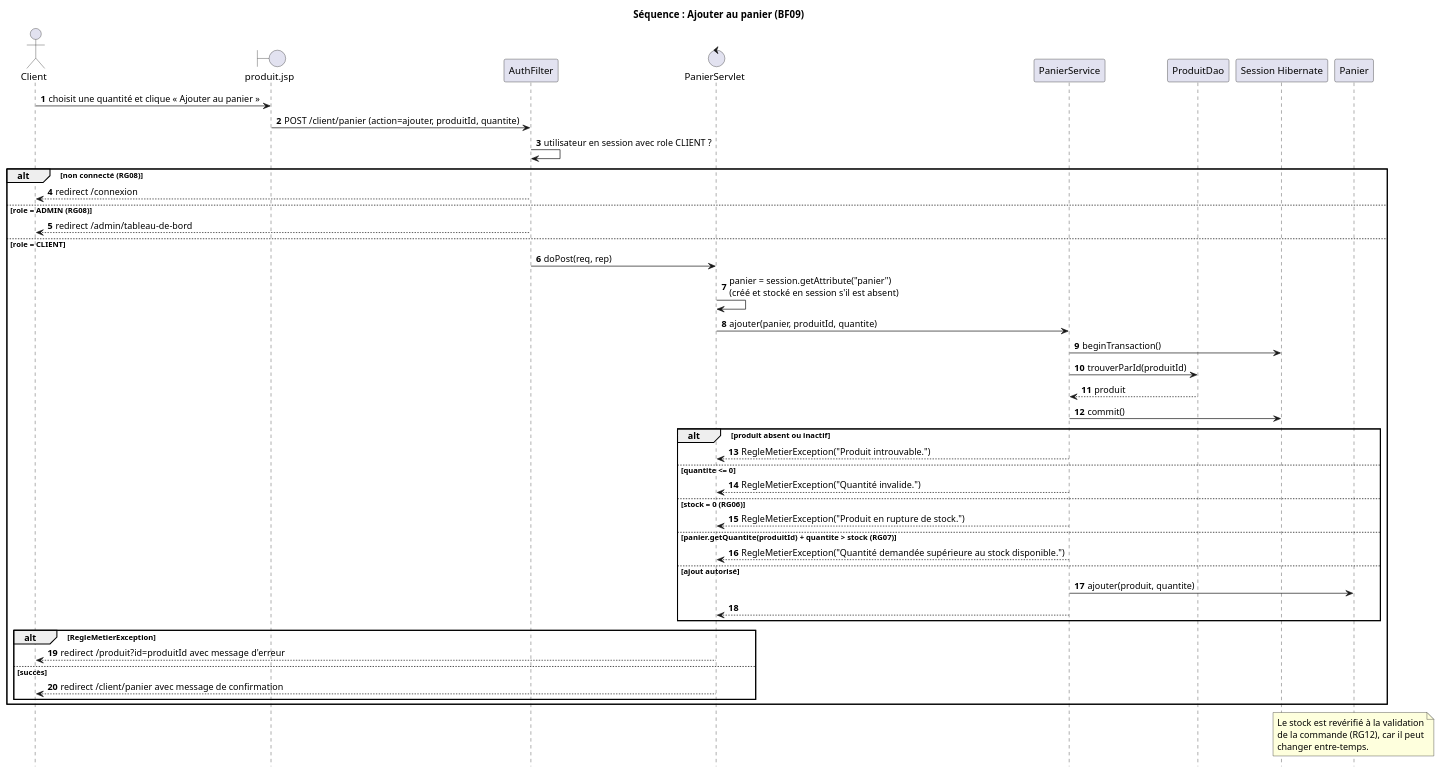
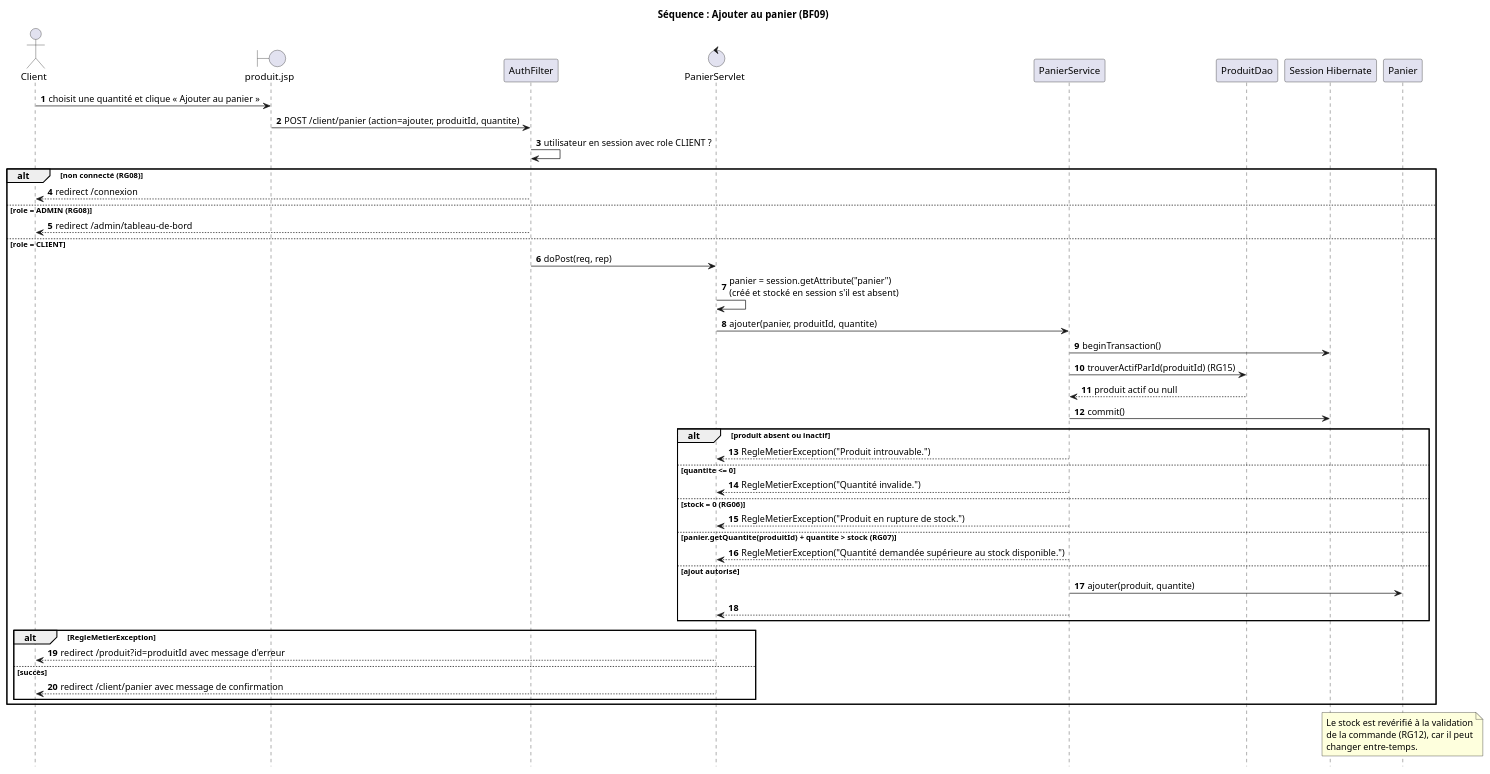
The diagram in docs/uml/sequence-ajouter-panier.puml (unk-user/Boutique-JEE), drawn with PlantUML before and after one commit. The commit also changed 1 other file, not shown here.

Commit message:
docs: séquence Ajouter au panier, appel de trouverActifParId (RG15)

```diff
--- a/docs/uml/sequence-ajouter-panier.puml
+++ b/docs/uml/sequence-ajouter-panier.puml
@@ -1,56 +1,56 @@
 @startuml sequence-ajouter-panier
 title Séquence : Ajouter au panier (BF09)
 autonumber
 hide footbox
 
 actor Client
 boundary "produit.jsp" as Vue
 participant AuthFilter
 control PanierServlet
 participant PanierService
 participant ProduitDao
 participant "Session Hibernate" as Session
 participant Panier
 
 Client -> Vue : choisit une quantité et clique « Ajouter au panier »
 Vue -> AuthFilter : POST /client/panier (action=ajouter, produitId, quantite)
 AuthFilter -> AuthFilter : utilisateur en session avec role CLIENT ?
 alt non connecté (RG08)
   AuthFilter --> Client : redirect /connexion
 else role = ADMIN (RG08)
   AuthFilter --> Client : redirect /admin/tableau-de-bord
 else role = CLIENT
   AuthFilter -> PanierServlet : doPost(req, rep)
   PanierServlet -> PanierServlet : panier = session.getAttribute("panier")\n(créé et stocké en session s'il est absent)
   PanierServlet -> PanierService : ajouter(panier, produitId, quantite)
   PanierService -> Session : beginTransaction()
-  PanierService -> ProduitDao : trouverParId(produitId)
-  ProduitDao --> PanierService : produit
+  PanierService -> ProduitDao : trouverActifParId(produitId) (RG15)
+  ProduitDao --> PanierService : produit actif ou null
   PanierService -> Session : commit()
 
   alt produit absent ou inactif
     PanierService --> PanierServlet : RegleMetierException("Produit introuvable.")
   else quantite <= 0
     PanierService --> PanierServlet : RegleMetierException("Quantité invalide.")
   else stock = 0 (RG06)
     PanierService --> PanierServlet : RegleMetierException("Produit en rupture de stock.")
   else panier.getQuantite(produitId) + quantite > stock (RG07)
     PanierService --> PanierServlet : RegleMetierException("Quantité demandée supérieure au stock disponible.")
   else ajout autorisé
     PanierService -> Panier : ajouter(produit, quantite)
     PanierService --> PanierServlet
   end
 
   alt RegleMetierException
     PanierServlet --> Client : redirect /produit?id=produitId avec message d'erreur
   else succès
     PanierServlet --> Client : redirect /client/panier avec message de confirmation
   end
 end
 
 note over Panier
   Le stock est revérifié à la validation
   de la commande (RG12), car il peut
   changer entre-temps.
 end note
 @enduml
```
